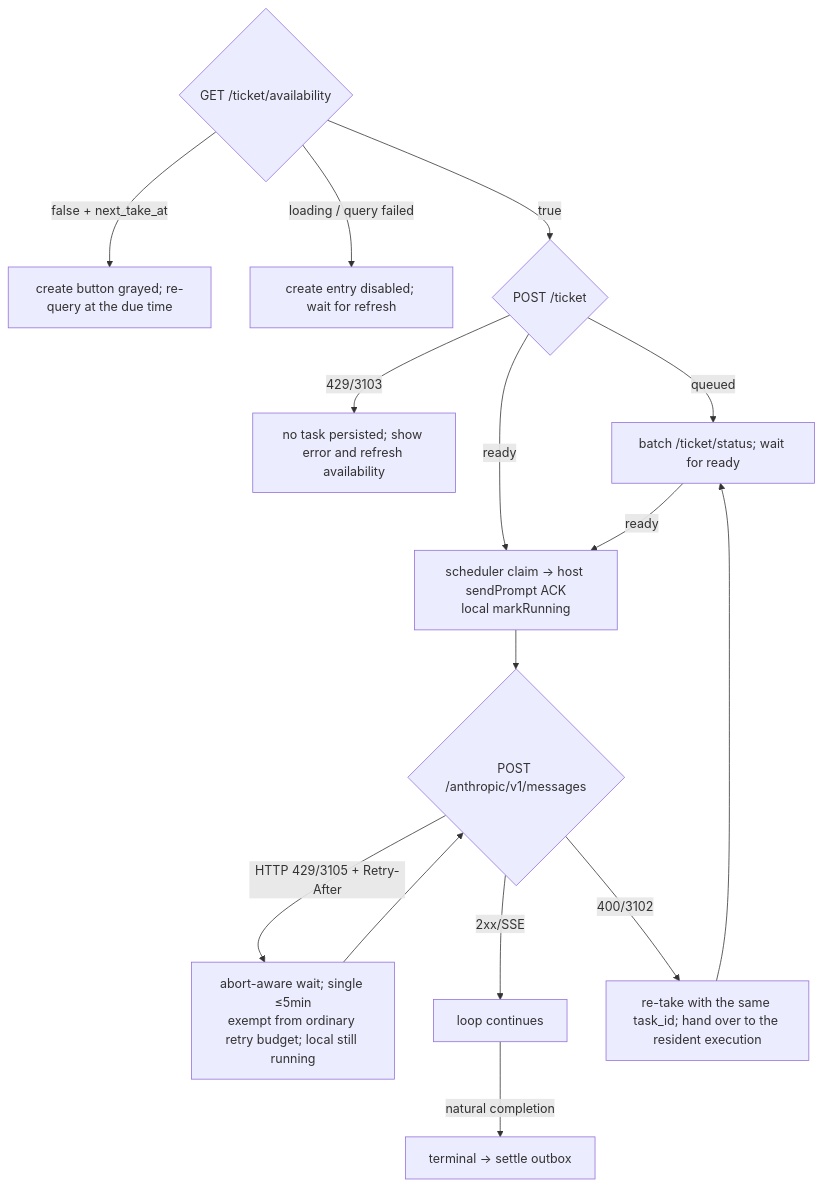
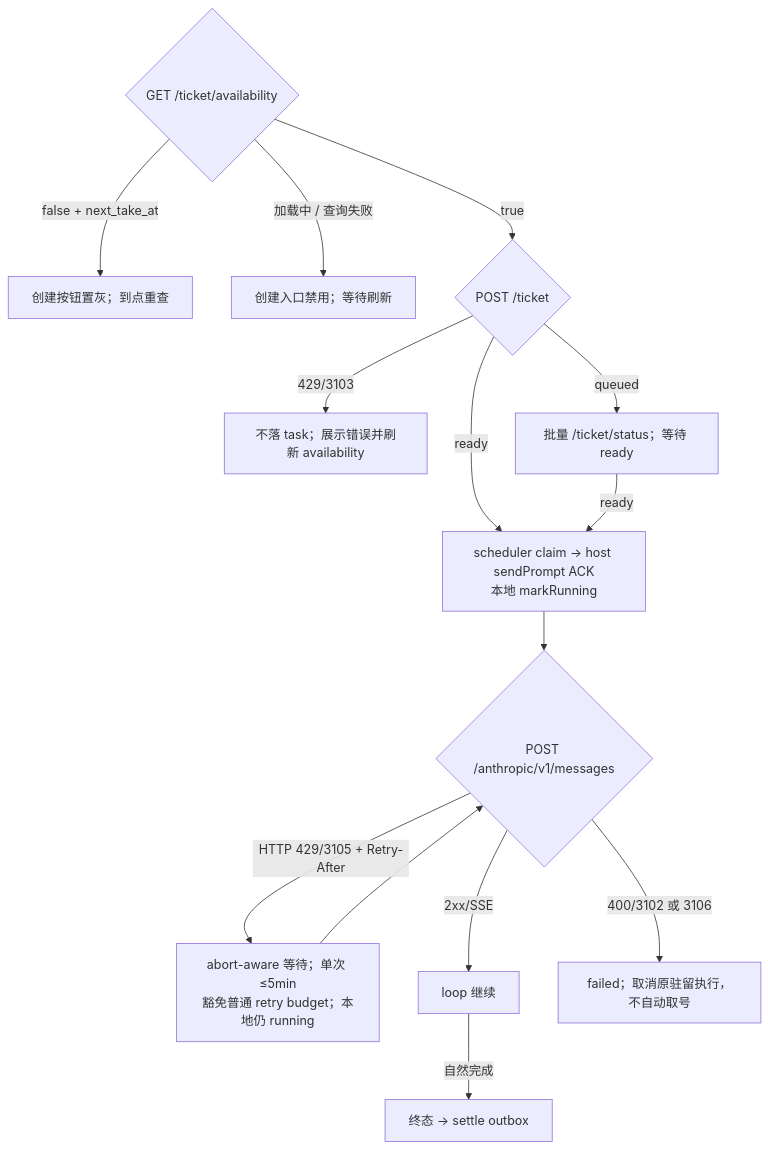
Before and after one commit to osben/ZCode: the tenth of 11 diagrams in docs/off-peak-task/tech-design.md, drawn with Mermaid. The commit also changed other lines of this file and 5391 other files, not shown here.

````diff
--- a/docs/off-peak-task/tech-design.md
+++ b/docs/off-peak-task/tech-design.md
@@ -828,16 +737,16 @@
 ```mermaid
 flowchart TD
   A{"GET /ticket/availability"}
-  A -->|"false + next_take_at"| A0["create button grayed; re-query at the due time"]
-  A -->|"loading / query failed"| A1["create entry disabled; wait for refresh"]
+  A -->|"false + next_take_at"| A0["创建按钮置灰；到点重查"]
+  A -->|"加载中 / 查询失败"| A1["创建入口禁用；等待刷新"]
   A -->|"true"| T{"POST /ticket"}
-  T -->|"429/3103"| T0["no task persisted; show error and refresh availability"]
-  T -->|"queued"| Q["batch /ticket/status; wait for ready"]
+  T -->|"429/3103"| T0["不落 task；展示错误并刷新 availability"]
+  T -->|"queued"| Q["批量 /ticket/status；等待 ready"]
   T -->|"ready"| D
-  Q -->|"ready"| D["scheduler claim → host sendPrompt ACK<br/>local markRunning"]
+  Q -->|"ready"| D["scheduler claim → host sendPrompt ACK<br/>本地 markRunning"]
   D --> G{"POST /anthropic/v1/messages"}
-  G -->|"HTTP 429/3105 + Retry-After"| G0["abort-aware wait; single ≤5min<br/>exempt from ordinary retry budget; local still running"] --> G
-  G -->|"2xx/SSE"| R["loop continues"]
-  G -->|"400/3102"| X["re-take with the same task_id; hand over to the resident execution"] --> Q
-  R -->|"natural completion"| E["terminal → settle outbox"]
+  G -->|"HTTP 429/3105 + Retry-After"| G0["abort-aware 等待；单次 ≤5min<br/>豁免普通 retry budget；本地仍 running"] --> G
+  G -->|"2xx/SSE"| R["loop 继续"]
+  G -->|"400/3102 或 3106"| X["failed；取消原驻留执行，不自动取号"]
+  R -->|"自然完成"| E["终态 → settle outbox"]
 ```
````
